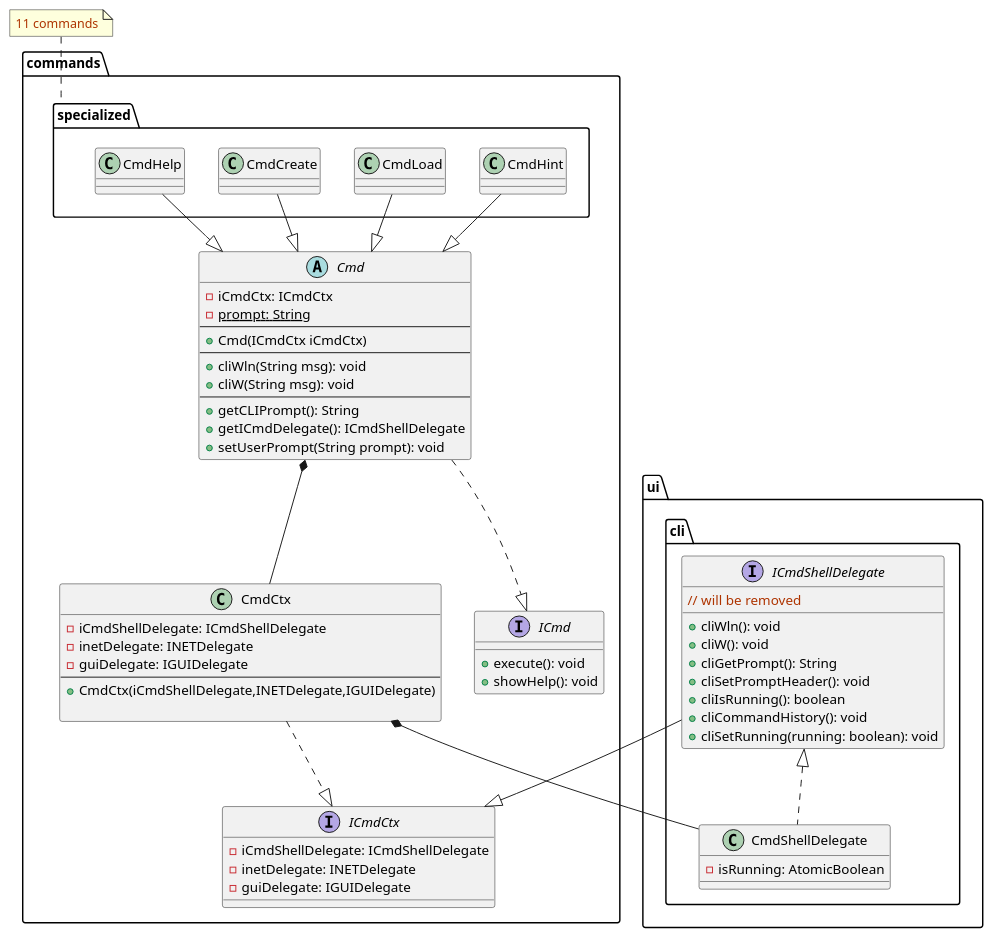
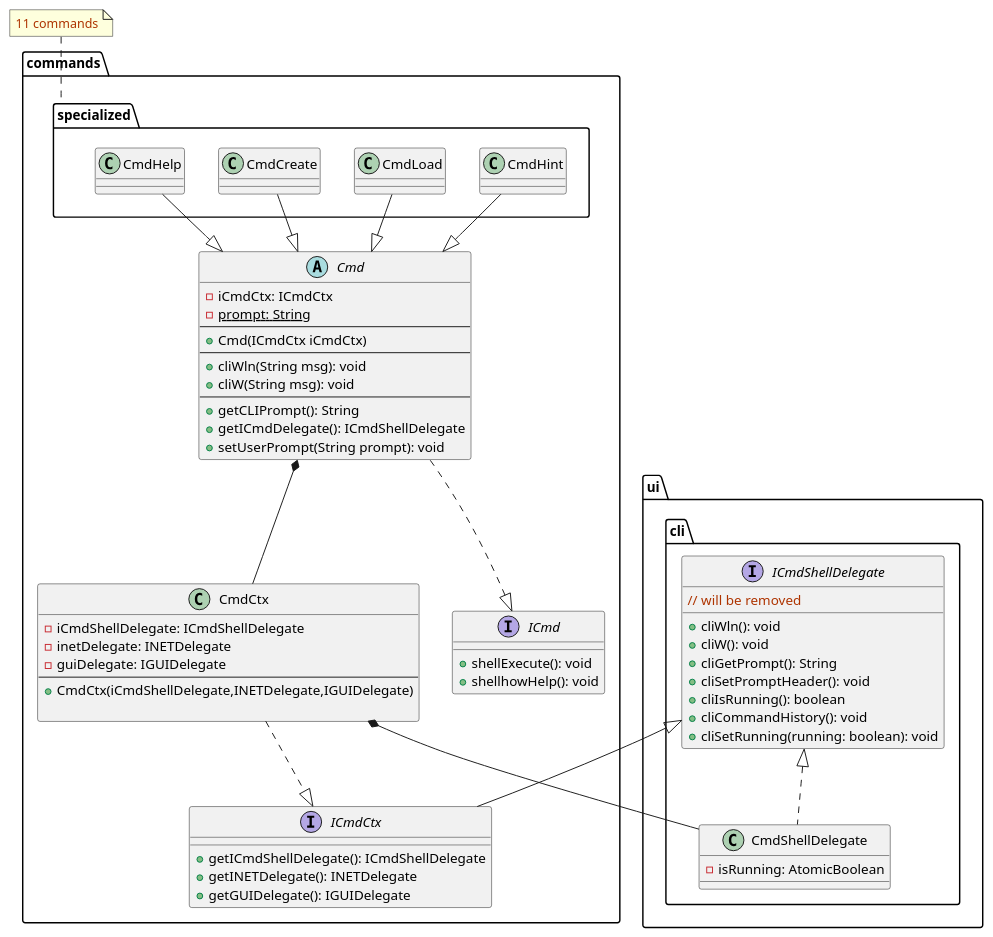
Before and after one commit to mathys-guillorit/agon-java: the diagram in agon/UML/WhiteBox/c_classDiagram/layers/application/commands/commands.puml, drawn with PlantUML. The commit also changed 21 other files, not shown here.

```diff
--- a/agon/UML/WhiteBox/c_classDiagram/layers/application/commands/commands.puml
+++ b/agon/UML/WhiteBox/c_classDiagram/layers/application/commands/commands.puml
@@ -1,88 +1,88 @@
 @startuml
 'https://plantuml.com/class-diagram
 
 package commands {
     interface ICmd {
-        + execute(): void
-        + showHelp(): void
+        + shellExecute(): void
+        + shellhowHelp(): void
     }
     ' pour éviter de se répéter dans les commandes on place
     ' le contexte ici
     abstract class Cmd {
         - iCmdCtx: ICmdCtx
         - {static} prompt: String
         --
         + Cmd(ICmdCtx iCmdCtx)
         --
         + cliWln(String msg): void
         + cliW(String msg): void
         --
         + getCLIPrompt(): String
         + getICmdDelegate(): ICmdShellDelegate
         + setUserPrompt(String prompt): void
     }
     package specialized {
         class CmdCreate {}
         class CmdHelp {}
         class CmdHint {}
         class CmdLoad {}
     }
     ' interface contextuelle pour les commandes
     ' permet de ne plus modifier les contructeurs des commandes
     ' si on rajoute des delegate (pour plus tard le network et la partie GUI)
     interface ICmdCtx {
-        - iCmdShellDelegate: ICmdShellDelegate
-        - inetDelegate: INETDelegate
-        - guiDelegate: IGUIDelegate
+        + getICmdShellDelegate(): ICmdShellDelegate
+        + getINETDelegate(): INETDelegate
+        + getGUIDelegate(): IGUIDelegate
     }
     class CmdCtx {
           - iCmdShellDelegate: ICmdShellDelegate
           - inetDelegate: INETDelegate
           - guiDelegate: IGUIDelegate
           --
           + CmdCtx(iCmdShellDelegate,INETDelegate,IGUIDelegate)
 
     }
 
 
 
     CmdCreate --|> Cmd
     CmdHelp --|> Cmd
     CmdHint --|> Cmd
     CmdLoad --|> Cmd
 
 }
 package ui{
     package cli {
         interface ICmdShellDelegate {
             + cliWln(): void
             + cliW(): void
             + cliGetPrompt(): String
             + cliSetPromptHeader(): void
             + cliIsRunning(): boolean
             + cliCommandHistory(): void
             <color:#AE3400>// will be removed</color>
             + cliSetRunning(running: boolean): void
 
         }
         class CmdShellDelegate implements ICmdShellDelegate{
             - isRunning: AtomicBoolean
 
         }
     }
 }
 
-ICmdShellDelegate --|> ICmdCtx
+ICmdShellDelegate <|-- ICmdCtx
 Cmd *-- CmdCtx
 ' CmdCtx implements ICmdCtx
 CmdCtx ..|> ICmdCtx
 Cmd ..|> ICmd
 CmdCtx *- CmdShellDelegate
 
 note top of specialized
   <color:#AE3400>11 commands</color>
 end note
 
 
 
 @enduml
```
